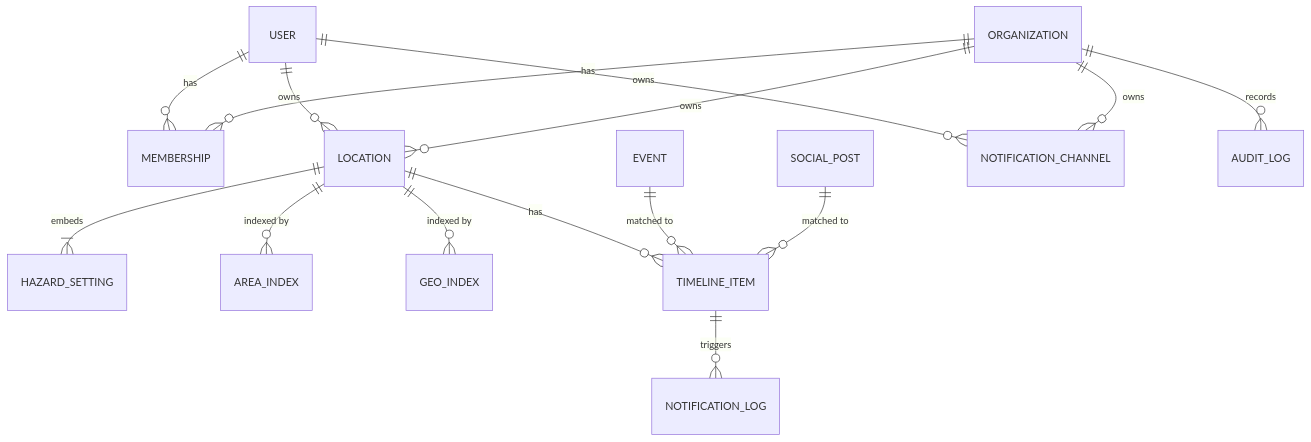
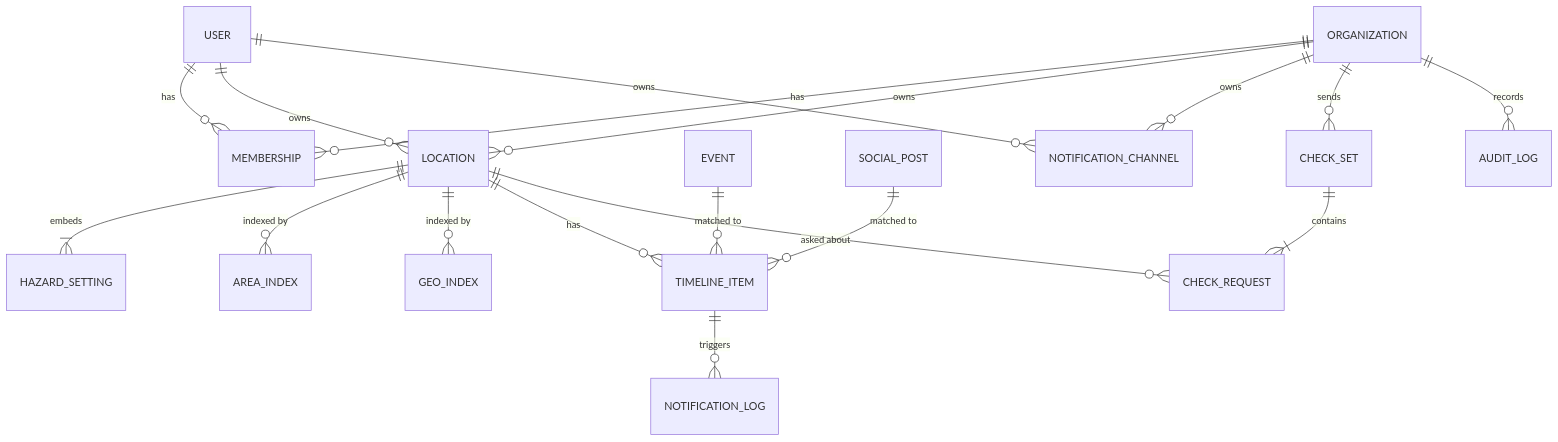
Before and after one commit to masuzuki1028/saigai-portal: the first of 2 diagrams in docs/04_data_model.md, drawn with Mermaid. The commit also changed other lines of this file and 5 other files, not shown here.

````diff
--- a/docs/04_data_model.md
+++ b/docs/04_data_model.md
@@ -47,17 +51,20 @@
 ```mermaid
 erDiagram
   USER ||--o{ MEMBERSHIP : has
   ORGANIZATION ||--o{ MEMBERSHIP : has
   USER ||--o{ LOCATION : owns
   ORGANIZATION ||--o{ LOCATION : owns
   LOCATION ||--|{ HAZARD_SETTING : embeds
   LOCATION ||--o{ AREA_INDEX : "indexed by"
   LOCATION ||--o{ GEO_INDEX : "indexed by"
   LOCATION ||--o{ TIMELINE_ITEM : has
   EVENT ||--o{ TIMELINE_ITEM : "matched to"
   SOCIAL_POST ||--o{ TIMELINE_ITEM : "matched to"
   USER ||--o{ NOTIFICATION_CHANNEL : owns
   ORGANIZATION ||--o{ NOTIFICATION_CHANNEL : owns
   TIMELINE_ITEM ||--o{ NOTIFICATION_LOG : triggers
+  ORGANIZATION ||--o{ CHECK_SET : sends
+  CHECK_SET ||--|{ CHECK_REQUEST : contains
+  LOCATION ||--o{ CHECK_REQUEST : "asked about"
   ORGANIZATION ||--o{ AUDIT_LOG : records
 ```
````
